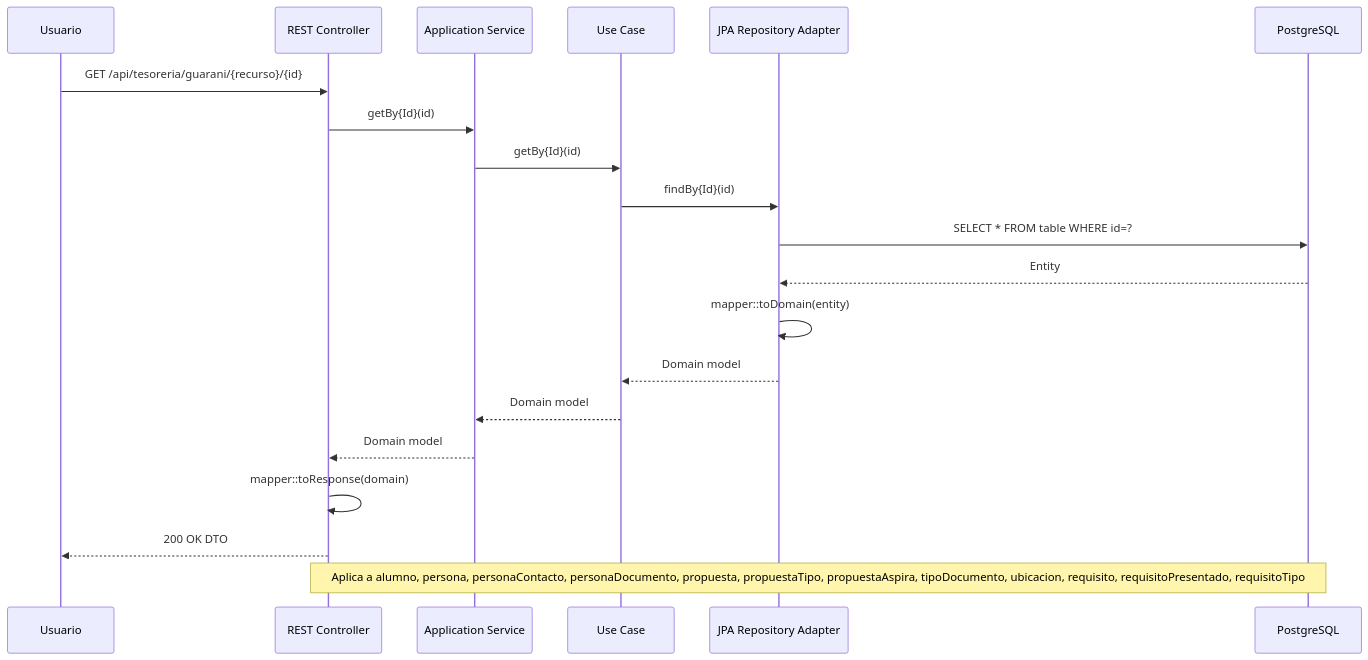
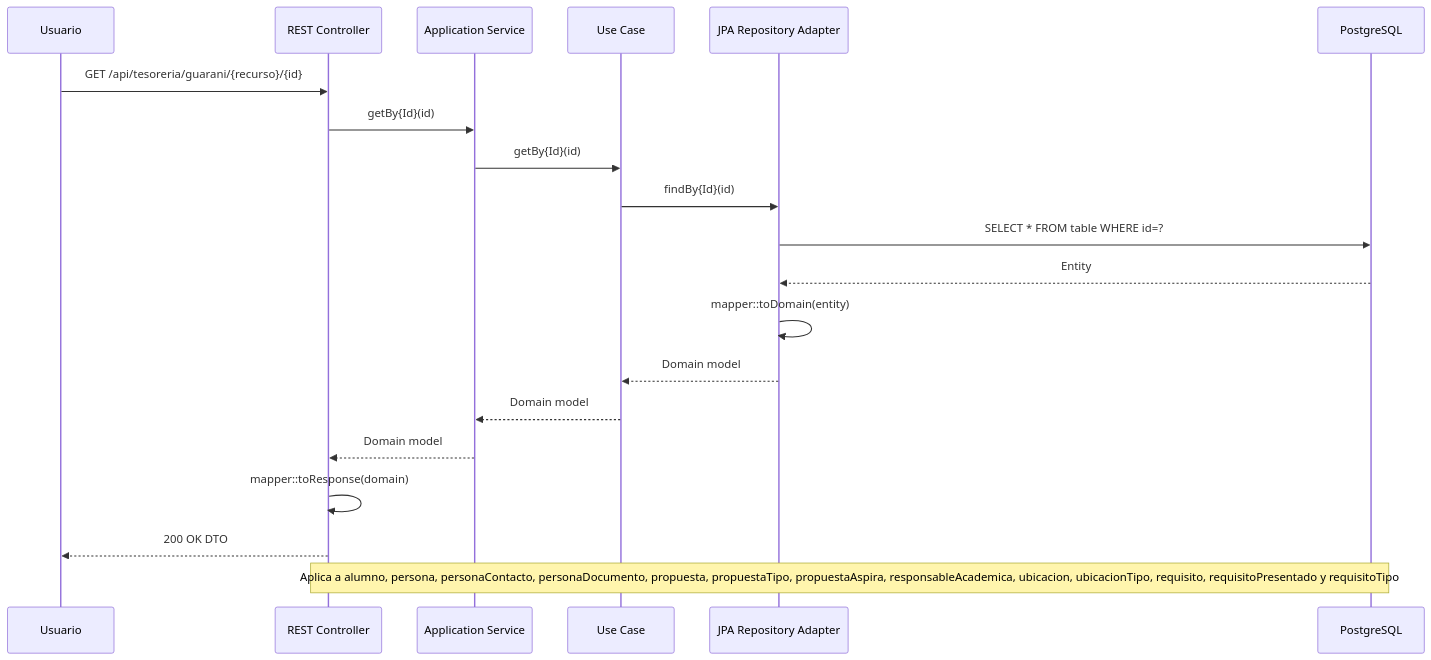
The fourth of 9 diagrams in README.md (UM-services/UM.tesoreria.guarani-service), drawn with Mermaid before and after one commit. The commit also changed other lines of this file and 8 other files, not shown here.

````diff
--- a/README.md
+++ b/README.md
@@ -86,23 +86,23 @@
 ```mermaid
 sequenceDiagram
     participant User as Usuario
     participant REST as REST Controller
     participant Service as Application Service
     participant UseCase as Use Case
     participant JPA as JPA Repository Adapter
     participant DB as PostgreSQL
 
     User->>REST: GET /api/tesoreria/guarani/{recurso}/{id}
     REST->>Service: getBy{Id}(id)
     Service->>UseCase: getBy{Id}(id)
     UseCase->>JPA: findBy{Id}(id)
     JPA->>DB: SELECT * FROM table WHERE id=?
     DB-->>JPA: Entity
     JPA->>JPA: mapper::toDomain(entity)
     JPA-->>UseCase: Domain model
     UseCase-->>Service: Domain model
     Service-->>REST: Domain model
     REST->>REST: mapper::toResponse(domain)
     REST-->>User: 200 OK DTO
-    Note over REST,DB: Aplica a alumno, persona, personaContacto, personaDocumento, propuesta, propuestaTipo, propuestaAspira, tipoDocumento, ubicacion, requisito, requisitoPresentado, requisitoTipo
+    Note over REST,DB: Aplica a alumno, persona, personaContacto, personaDocumento, propuesta, propuestaTipo, propuestaAspira, responsableAcademica, ubicacion, ubicacionTipo, requisito, requisitoPresentado y requisitoTipo
 ```
````
